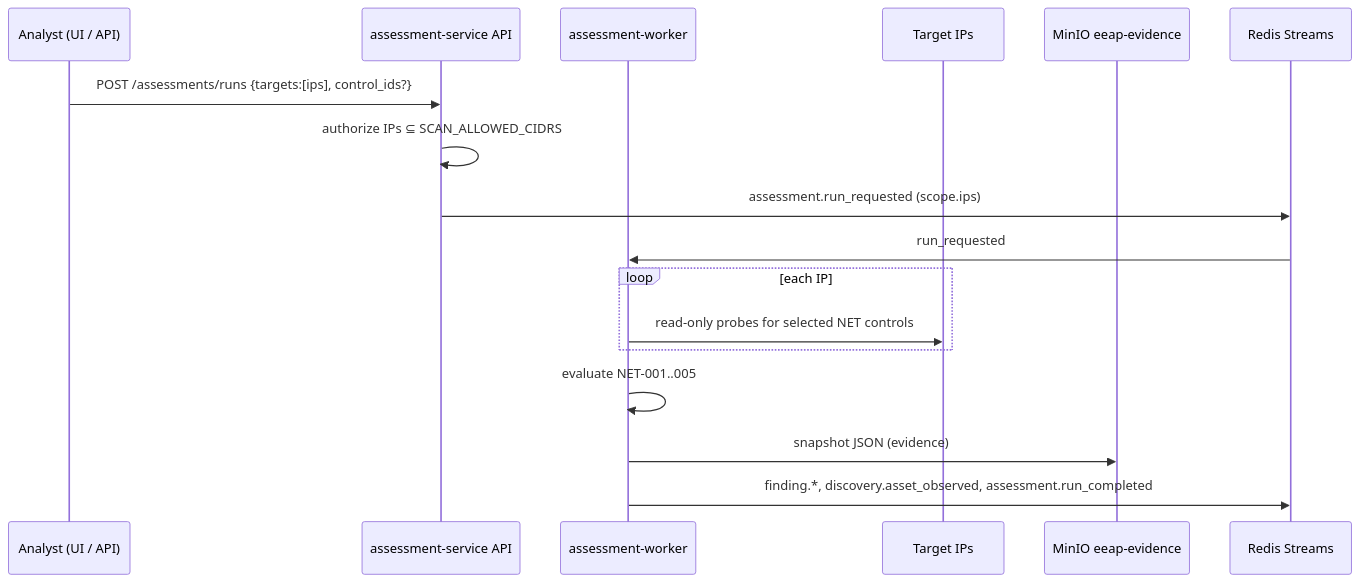
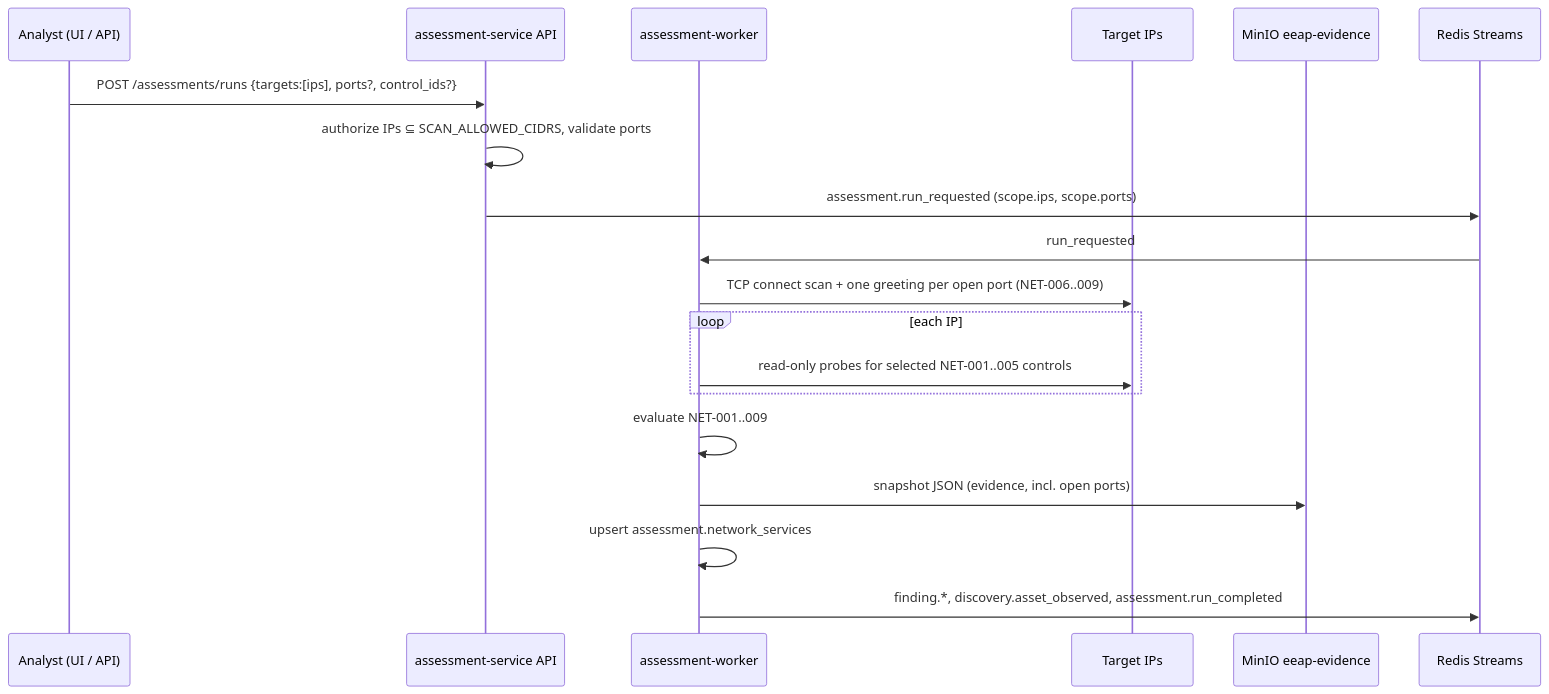
One commit to berkepolat/InfraCopilot changed the diagram in eeap/docs/architecture/12-net-assessment.md. Above: the diagram before and after it, drawn with Mermaid. The commit also changed other lines of this file and 15 other files, not shown here.

First line of the commit message:
Add NET port discovery and service identification (NET-006..009)

````diff
--- a/eeap/docs/architecture/12-net-assessment.md
+++ b/eeap/docs/architecture/12-net-assessment.md
@@ -10,19 +11,21 @@
 ```mermaid
 sequenceDiagram
     participant U as Analyst (UI / API)
     participant A as assessment-service API
     participant W as assessment-worker
     participant T as Target IPs
     participant S as MinIO eeap-evidence
     participant X as Redis Streams
-    U->>A: POST /assessments/runs {targets:[ips], control_ids?}
-    A->>A: authorize IPs ⊆ SCAN_ALLOWED_CIDRS
-    A->>X: assessment.run_requested (scope.ips)
+    U->>A: POST /assessments/runs {targets:[ips], ports?, control_ids?}
+    A->>A: authorize IPs ⊆ SCAN_ALLOWED_CIDRS, validate ports
+    A->>X: assessment.run_requested (scope.ips, scope.ports)
     X->>W: run_requested
+    W->>T: TCP connect scan + one greeting per open port (NET-006..009)
     loop each IP
-        W->>T: read-only probes for selected NET controls
+        W->>T: read-only probes for selected NET-001..005 controls
     end
-    W->>W: evaluate NET-001..005
-    W->>S: snapshot JSON (evidence)
+    W->>W: evaluate NET-001..009
+    W->>S: snapshot JSON (evidence, incl. open ports)
+    W->>W: upsert assessment.network_services
     W->>X: finding.*, discovery.asset_observed, assessment.run_completed
 ```
````
